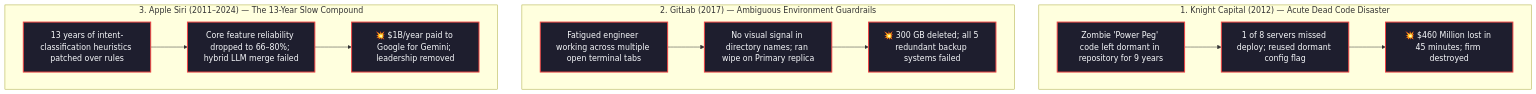
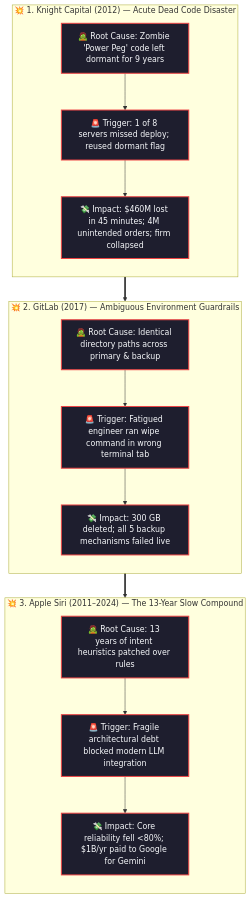
The fifth of 9 diagrams in 01-filestructure/articles/01-your-folder-structure-is-a-message.md (Dustu103/system-design), drawn with Mermaid before and after one commit. The commit also changed other lines of this file and 2 other files, not shown here.

Commit message:
style: optimize Mermaid diagrams with vertical hierarchy and large legible fonts

````diff
--- a/01-filestructure/articles/01-your-folder-structure-is-a-message.md
+++ b/01-filestructure/articles/01-your-folder-structure-is-a-message.md
@@ -141,26 +142,31 @@
 ```mermaid
 flowchart TD
-    subgraph K["1. Knight Capital (2012) — Acute Dead Code Disaster"]
-        K1["Zombie 'Power Peg' code left dormant in repository for 9 years"]
-        K2["1 of 8 servers missed deploy; reused dormant config flag"]
-        K3["💥 $460 Million lost in 45 minutes; firm destroyed"]
+    subgraph K["💥 1. Knight Capital (2012) — Acute Dead Code Disaster"]
+        direction TB
+        K1["🧟 Root Cause: Zombie 'Power Peg' code left dormant for 9 years"]
+        K2["🚨 Trigger: 1 of 8 servers missed deploy; reused dormant flag"]
+        K3["💸 Impact: $460M lost in 45 minutes; 4M unintended orders; firm collapsed"]
         K1 --> K2 --> K3
     end
 
-    subgraph G["2. GitLab (2017) — Ambiguous Environment Guardrails"]
-        G1["Fatigued engineer working across multiple open terminal tabs"]
-        G2["No visual signal in directory names; ran wipe on Primary replica"]
-        G3["💥 300 GB deleted; all 5 redundant backup systems failed"]
+    subgraph G["💥 2. GitLab (2017) — Ambiguous Environment Guardrails"]
+        direction TB
+        G1["🧟 Root Cause: Identical directory paths across primary & backup"]
+        G2["🚨 Trigger: Fatigued engineer ran wipe command in wrong terminal tab"]
+        G3["💸 Impact: 300 GB deleted; all 5 backup mechanisms failed live"]
         G1 --> G2 --> G3
     end
 
-    subgraph S["3. Apple Siri (2011–2024) — The 13-Year Slow Compound"]
-        S1["13 years of intent-classification heuristics patched over rules"]
-        S2["Core feature reliability dropped to 66–80%; hybrid LLM merge failed"]
-        S3["💥 $1B/year paid to Google for Gemini; leadership removed"]
+    subgraph S["💥 3. Apple Siri (2011–2024) — The 13-Year Slow Compound"]
+        direction TB
+        S1["🧟 Root Cause: 13 years of intent heuristics patched over rules"]
+        S2["🚨 Trigger: Fragile architectural debt blocked modern LLM integration"]
+        S3["💸 Impact: Core reliability fell <80%; $1B/yr paid to Google for Gemini"]
         S1 --> S2 --> S3
     end
+
+    K ==> G ==> S
 
     classDef disaster fill:#1e1e2e,stroke:#ef4444,stroke-width:2px,color:#f8fafc;
     class K1,K2,K3,G1,G2,G3,S1,S2,S3 disaster;
 ```
````
